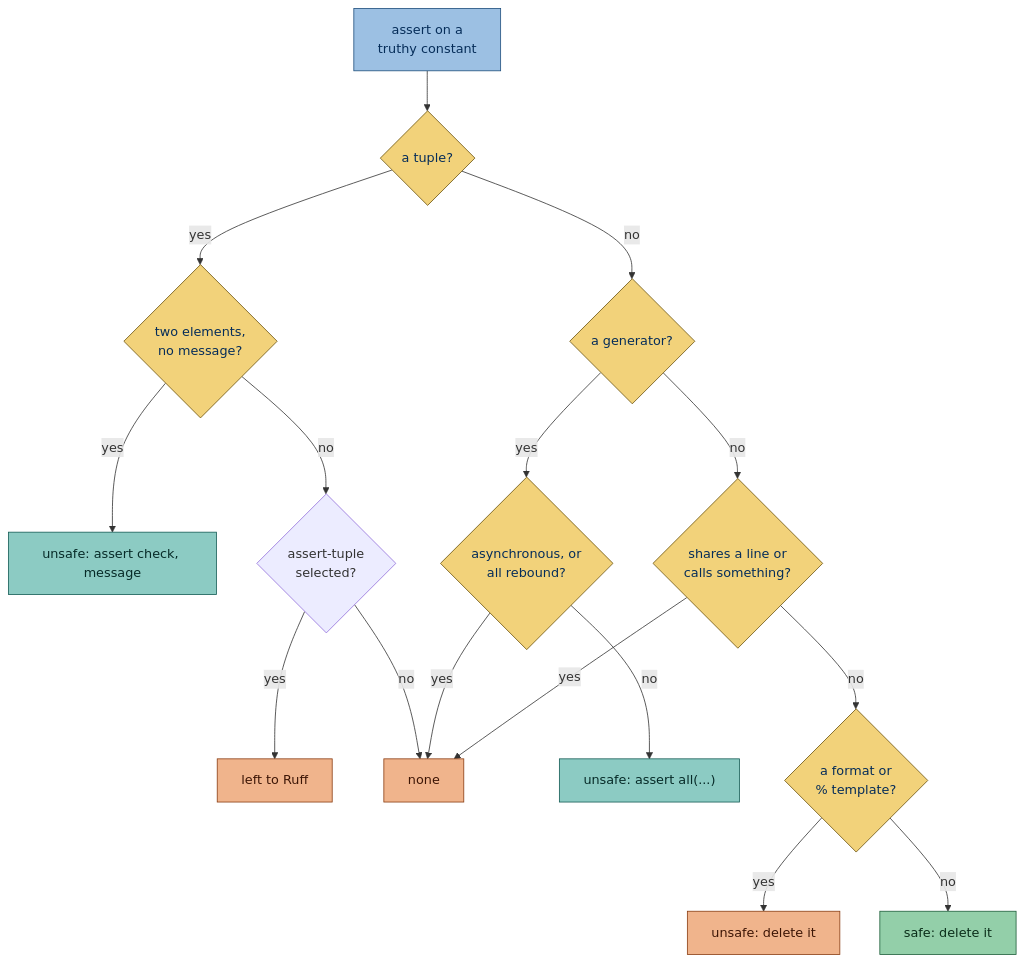
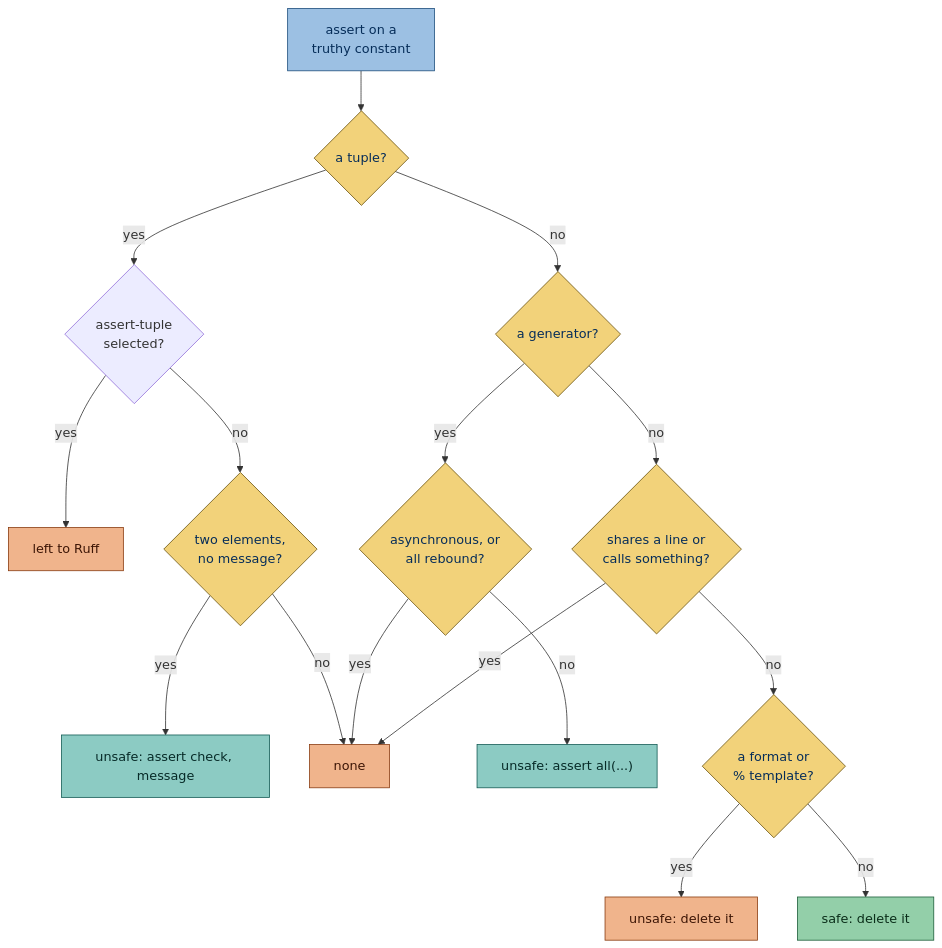
One commit to gaborbernat/simplint changed the diagram in src/rules/testing/constant_assert.md. Above: the diagram before and after it, drawn with Mermaid. The commit also changed other lines of this file and 93 other files, not shown here.

````diff
--- a/src/rules/testing/constant_assert.md
+++ b/src/rules/testing/constant_assert.md
@@ -292,29 +304,29 @@
 ```mermaid
 flowchart TD
     assertion["assert on a<br/>truthy constant"] --> tuple{"a tuple?"}
-    tuple -->|yes| pair{"two elements,<br/>no message?"}
+    tuple -->|yes| runs{"assert-tuple<br/>selected?"}
+    runs -->|yes| left["left to Ruff"]
+    runs -->|no| pair{"two elements,<br/>no message?"}
     pair -->|yes| unwrap["unsafe: assert check, message"]
-    pair -->|no| runs{"assert-tuple<br/>selected?"}
-    runs -->|yes| left["left to Ruff"]
-    runs -->|no| none
+    pair -->|no| none
     tuple -->|no| generator{"a generator?"}
     generator -->|yes| asynchronous{"asynchronous, or<br/>all rebound?"}
     asynchronous -->|yes| none
     asynchronous -->|no| wrap["unsafe: assert all(...)"]
     generator -->|no| blocked{"shares a line or<br/>calls something?"}
     blocked -->|yes| none
     blocked -->|no| template{"a format or<br/>% template?"}
     template -->|yes| unsafe["unsafe: delete it"]
     template -->|no| delete["safe: delete it"]
     classDef blue fill:#9cc0e3,stroke:#1f4f7d,color:#062d59
     classDef yellow fill:#f2d27a,stroke:#6b5410,color:#062d59
     classDef green fill:#93cfa9,stroke:#1d5e3a,color:#0b2e1a
     classDef teal fill:#8ccbc3,stroke:#145c55,color:#072b28
     classDef orange fill:#f0b48c,stroke:#8a3d12,color:#3d1606
     class assertion blue
     class blocked,tuple,pair,generator,asynchronous,template yellow
     class delete green
     class unsafe orange
     class unwrap,wrap teal
     class none,left orange
 ```
````
